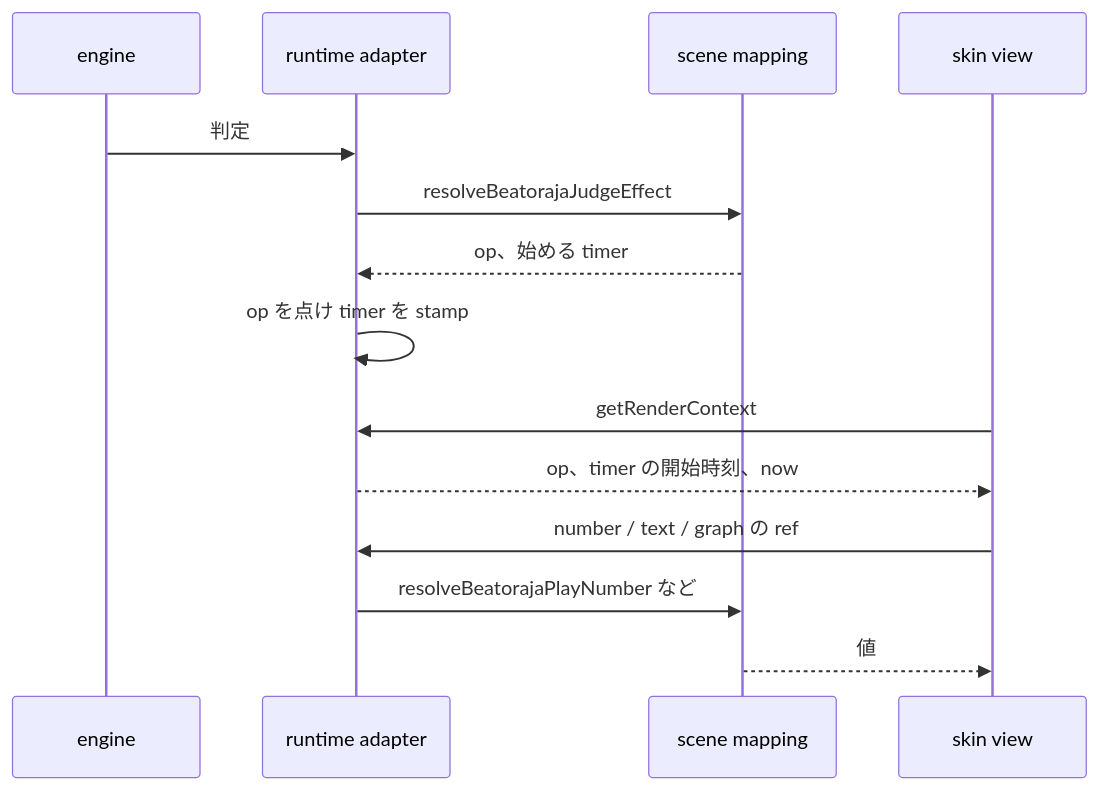
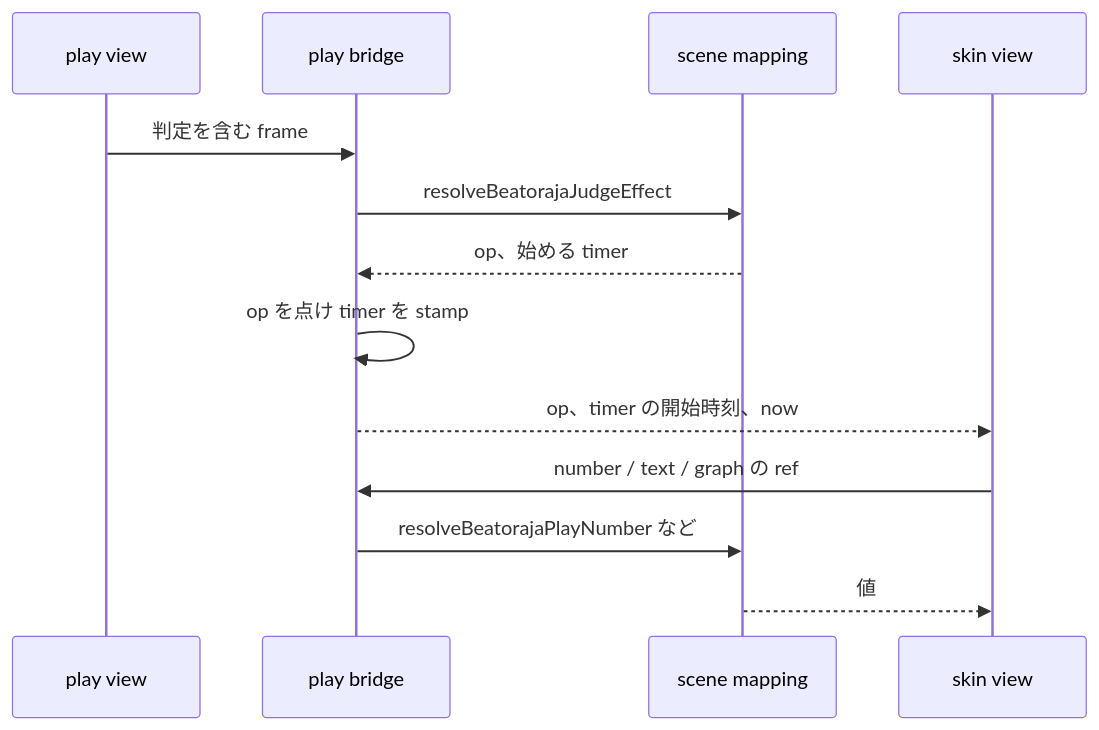
The second of 2 diagrams in docs/beatoraja-skin.ja.md (nulltask/be-music), drawn with Mermaid before and after one commit. The commit also changed other lines of this file and 10 other files, not shown here.

First line of the commit message:
docs: describe the beatoraja play view on createPlayScene, and add PL8 to the P4 migration [ci skip]

````diff
--- a/docs/beatoraja-skin.ja.md
+++ b/docs/beatoraja-skin.ja.md
@@ -175,16 +175,15 @@
 ```mermaid
 sequenceDiagram
-  participant E as engine
-  participant A as runtime adapter
+  participant P as play view
+  participant B as play bridge
   participant M as scene mapping
   participant V as skin view
-  E->>A: 判定
-  A->>M: resolveBeatorajaJudgeEffect
-  M-->>A: op、始める timer
-  A->>A: op を点け timer を stamp
-  V->>A: getRenderContext
-  A-->>V: op、timer の開始時刻、now
-  V->>A: number / text / graph の ref
-  A->>M: resolveBeatorajaPlayNumber など
+  P->>B: 判定を含む frame
+  B->>M: resolveBeatorajaJudgeEffect
+  M-->>B: op、始める timer
+  B->>B: op を点け timer を stamp
+  B-->>V: op、timer の開始時刻、now
+  V->>B: number / text / graph の ref
+  B->>M: resolveBeatorajaPlayNumber など
   M-->>V: 値
 ```
````
